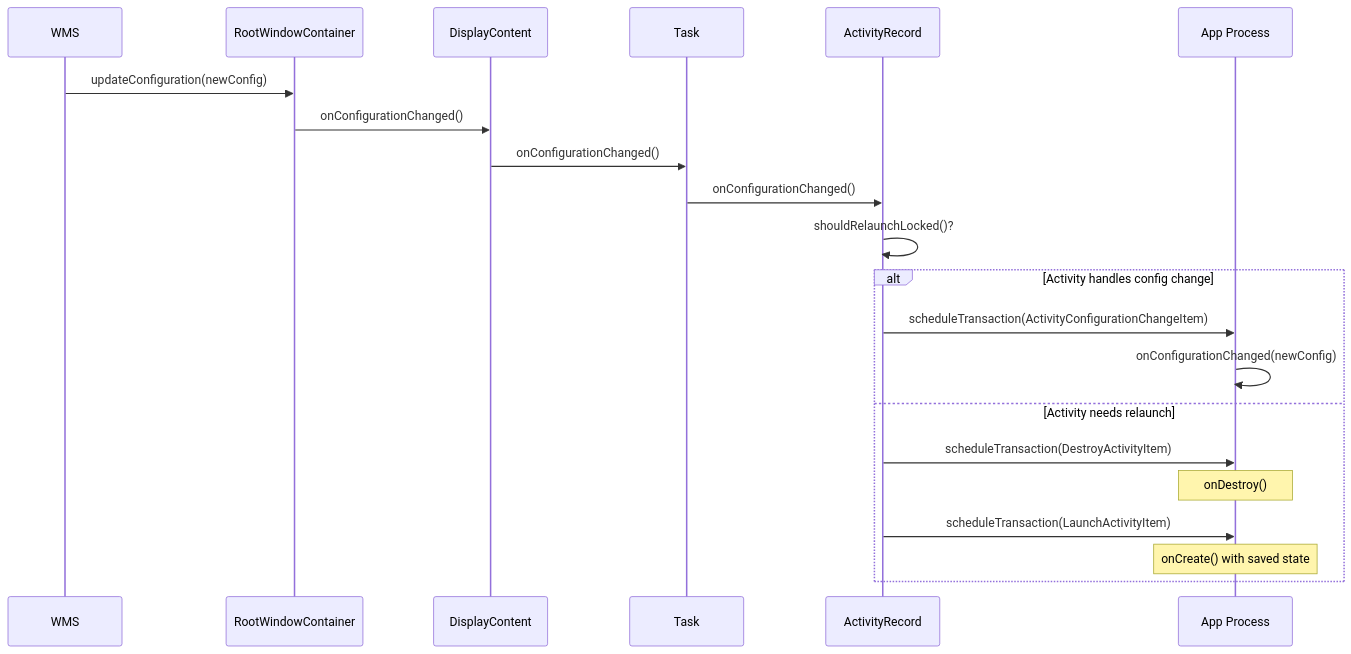
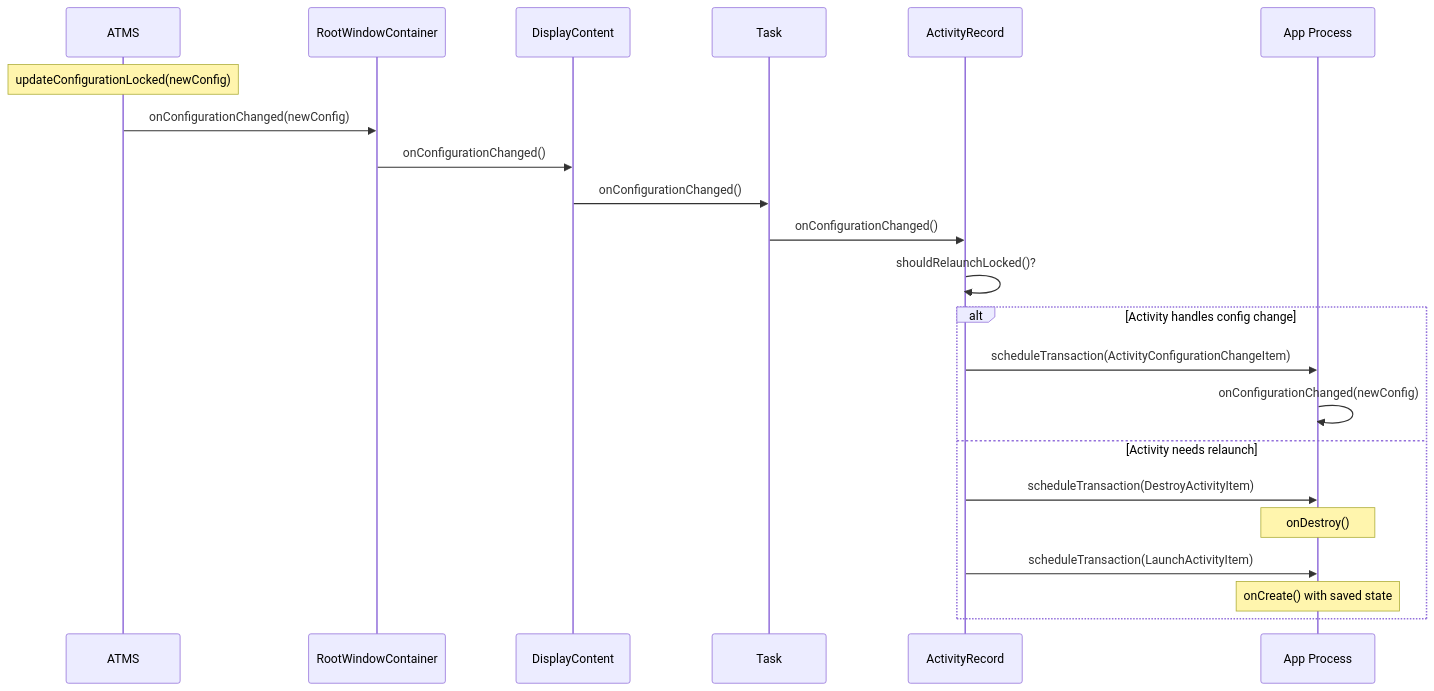
Diagram 31 of 41 in agents/claude/skills/aosp-framework-core/22-activity-and-window.md (aospbooks/aosp-internal-book), drawn with Mermaid before and after one commit. The commit also changed other lines of this file and 218 other files, not shown here.

````diff
--- a/agents/claude/skills/aosp-framework-core/22-activity-and-window.md
+++ b/agents/claude/skills/aosp-framework-core/22-activity-and-window.md
@@ -2677,25 +2694,26 @@
 ```mermaid
 sequenceDiagram
-    participant WMS
+    participant ATMS
     participant RWC as RootWindowContainer
     participant DC as DisplayContent
     participant Task
     participant AR as ActivityRecord
     participant App as App Process
 
-    WMS->>RWC: updateConfiguration(newConfig)
+    Note over ATMS: updateConfigurationLocked(newConfig)
+    ATMS->>RWC: onConfigurationChanged(newConfig)
     RWC->>DC: onConfigurationChanged()
     DC->>Task: onConfigurationChanged()
     Task->>AR: onConfigurationChanged()
     AR->>AR: shouldRelaunchLocked()?
 
     alt Activity handles config change
         AR->>App: scheduleTransaction(ActivityConfigurationChangeItem)
         App->>App: onConfigurationChanged(newConfig)
     else Activity needs relaunch
         AR->>App: scheduleTransaction(DestroyActivityItem)
         Note over App: onDestroy()
         AR->>App: scheduleTransaction(LaunchActivityItem)
         Note over App: onCreate() with saved state
     end
 ```
````
